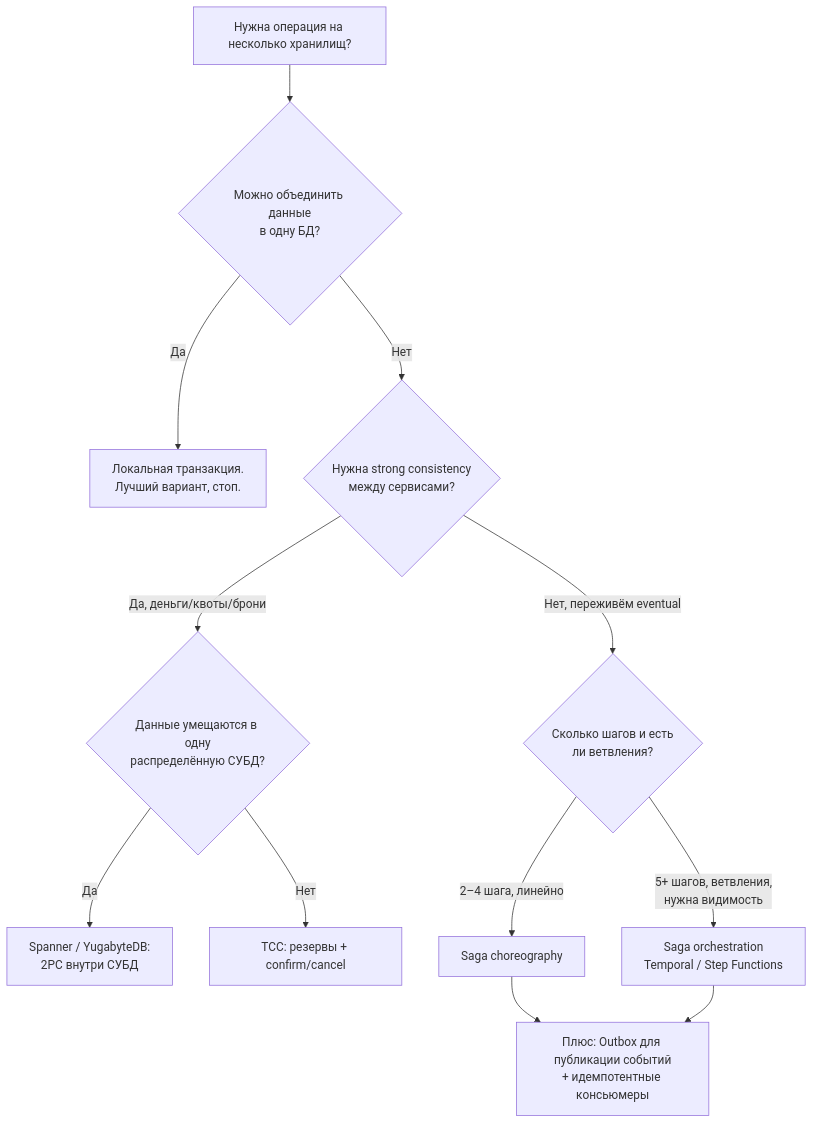
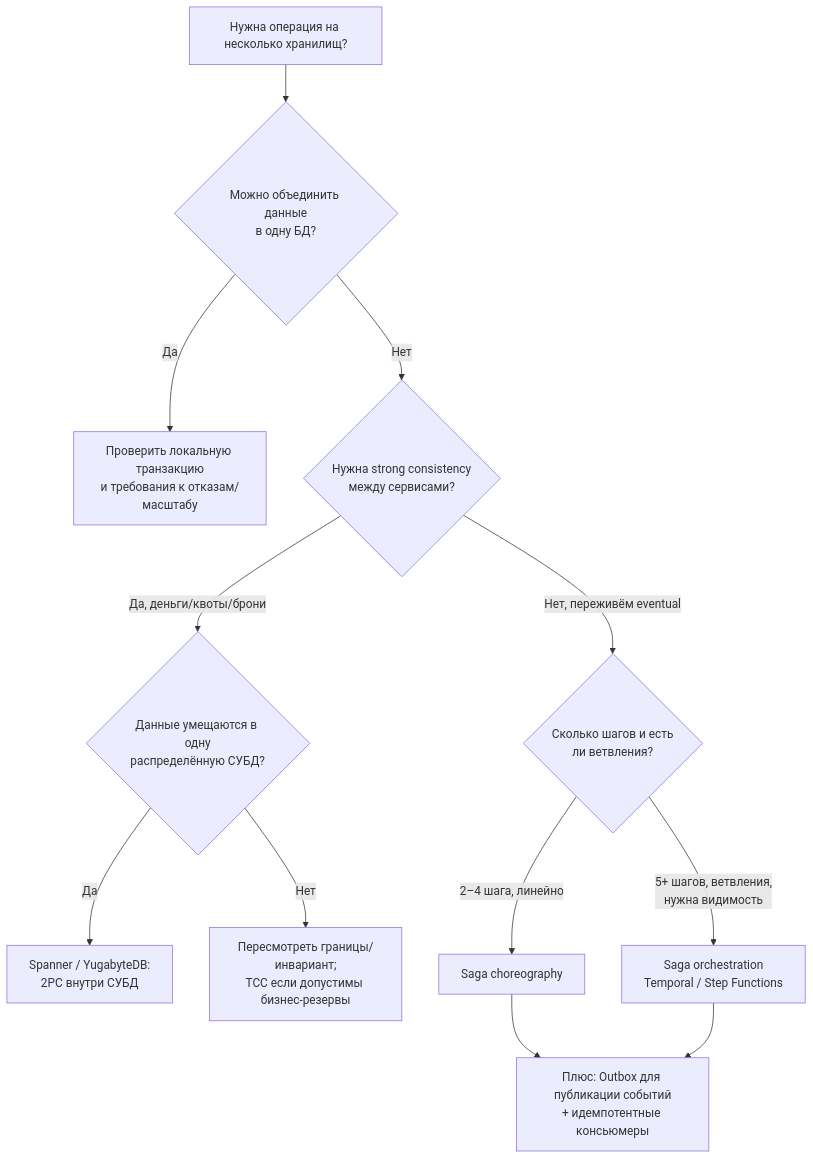
The sixth of 6 diagrams in 01-building-blocks/distributed-transactions.md (AlohaJava/system-design-interview-chamkin), drawn with Mermaid before and after one commit. The commit also changed other lines of this file and 49 other files, not shown here.

````diff
--- a/01-building-blocks/distributed-transactions.md
+++ b/01-building-blocks/distributed-transactions.md
@@ -364,14 +372,14 @@
 ```mermaid
 flowchart TD
     A["Нужна операция на несколько хранилищ?"] --> B{"Можно объединить данные<br/>в одну БД?"}
-    B -- "Да" --> C["Локальная транзакция.<br/>Лучший вариант, стоп."]
+    B -- "Да" --> C["Проверить локальную транзакцию<br/>и требования к отказам/масштабу"]
     B -- "Нет" --> D{"Нужна strong consistency<br/>между сервисами?"}
     D -- "Да, деньги/квоты/брони" --> E{"Данные умещаются в одну<br/>распределённую СУБД?"}
     E -- "Да" --> F["Spanner / YugabyteDB:<br/>2PC внутри СУБД"]
-    E -- "Нет" --> G["TCC: резервы + confirm/cancel"]
+    E -- "Нет" --> G["Пересмотреть границы/инвариант;<br/>TCC если допустимы бизнес-резервы"]
     D -- "Нет, переживём eventual" --> H{"Сколько шагов и есть<br/>ли ветвления?"}
     H -- "2–4 шага, линейно" --> I["Saga choreography"]
     H -- "5+ шагов, ветвления,<br/>нужна видимость" --> J["Saga orchestration<br/>Temporal / Step Functions"]
     I --> K["Плюс: Outbox для публикации событий<br/>+ идемпотентные консьюмеры"]
     J --> K
 ```
````
